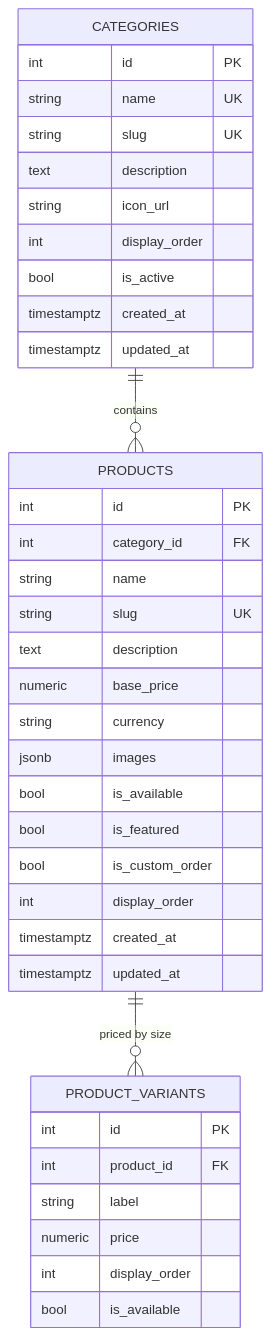
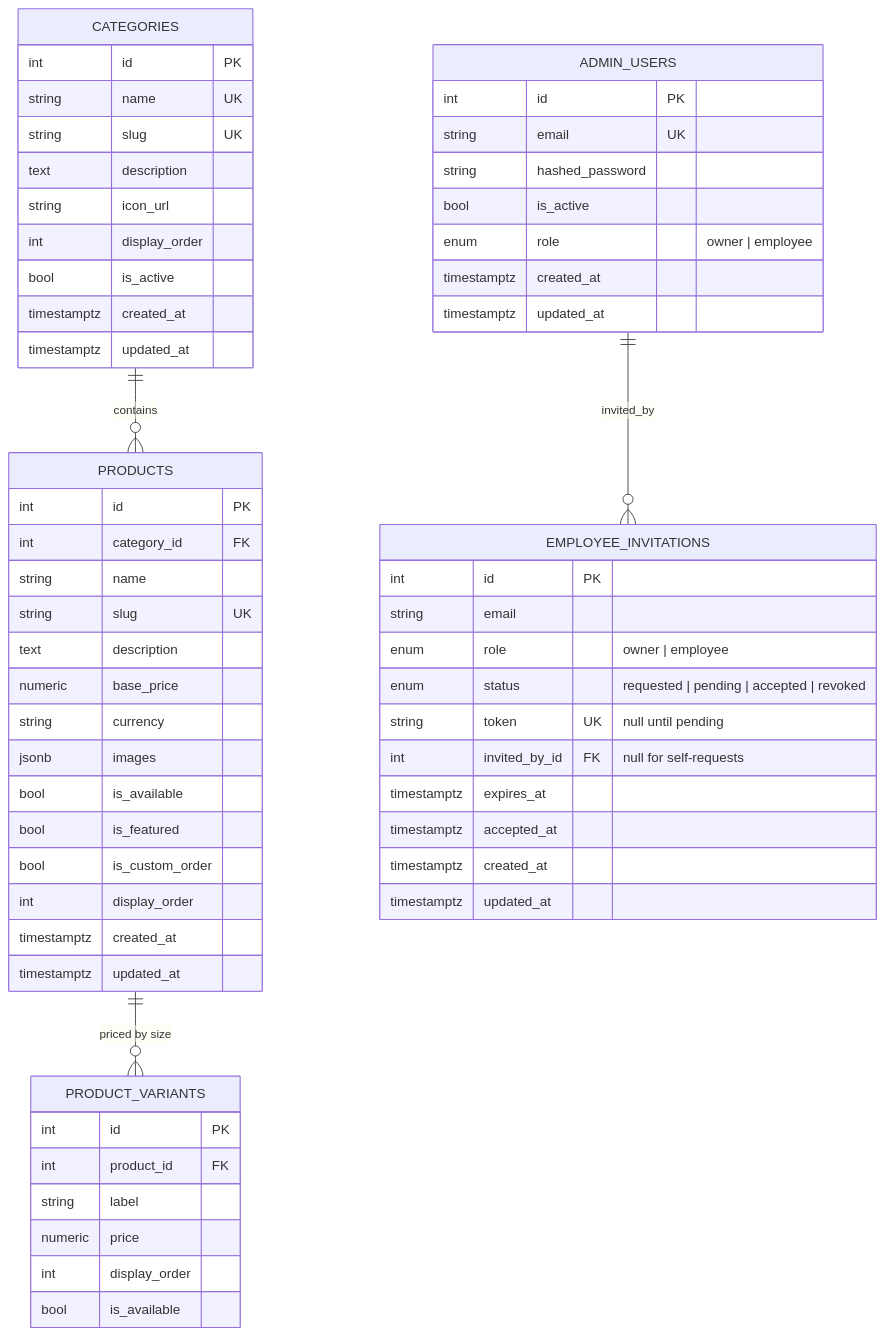
One commit to ahmedjavedcodes/thebakersinn_backend changed the diagram in CLAUDE.md. Above: the diagram before and after it, drawn with Mermaid. The commit also changed other lines of this file and 2 other files, not shown here.

````diff
--- a/CLAUDE.md
+++ b/CLAUDE.md
@@ -73,40 +73,62 @@
 ```mermaid
 erDiagram
     CATEGORIES ||--o{ PRODUCTS : contains
     PRODUCTS ||--o{ PRODUCT_VARIANTS : "priced by size"
+    ADMIN_USERS ||--o{ EMPLOYEE_INVITATIONS : "invited_by"
+    ADMIN_USERS {
+        int id PK
+        string email UK
+        string hashed_password
+        bool is_active
+        enum role "owner | employee"
+        timestamptz created_at
+        timestamptz updated_at
+    }
+    EMPLOYEE_INVITATIONS {
+        int id PK
+        string email
+        enum role "owner | employee"
+        enum status "requested | pending | accepted | revoked"
+        string token UK "null until pending"
+        int invited_by_id FK "null for self-requests"
+        timestamptz expires_at
+        timestamptz accepted_at
+        timestamptz created_at
+        timestamptz updated_at
+    }
     CATEGORIES {
         int id PK
         string name UK
         string slug UK
         text description
         string icon_url
         int display_order
         bool is_active
         timestamptz created_at
         timestamptz updated_at
     }
     PRODUCTS {
         int id PK
         int category_id FK
         string name
         string slug UK
         text description
         numeric base_price
         string currency
         jsonb images
         bool is_available
         bool is_featured
         bool is_custom_order
         int display_order
         timestamptz created_at
         timestamptz updated_at
     }
     PRODUCT_VARIANTS {
         int id PK
         int product_id FK
         string label
         numeric price
         int display_order
         bool is_available
     }
 ```
````
